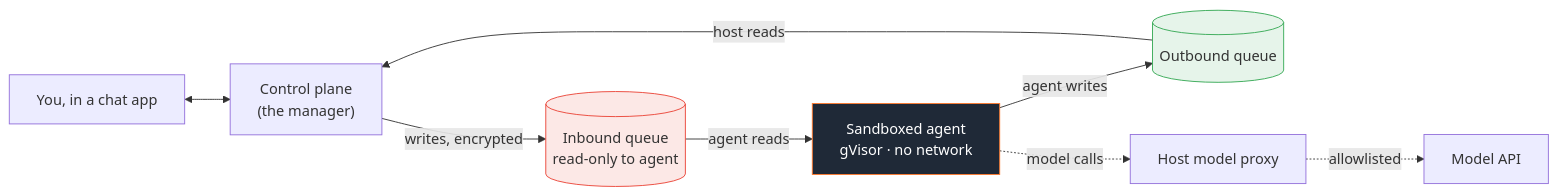
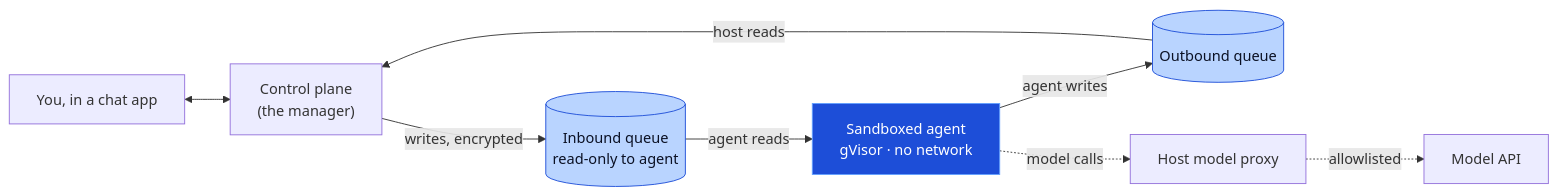
One commit to IronSecCo/ironclaw changed the first of 5 diagrams in docs/ironclaw-explained.md. Above: the diagram before and after it, drawn with Mermaid. The commit also changed other lines of this file and 3 other files, not shown here.

First line of the commit message:
docs: brand-consistent architecture & data-flow diagrams (IRO-112)

````diff
--- a/docs/ironclaw-explained.md
+++ b/docs/ironclaw-explained.md
@@ -34,13 +34,13 @@
 ```mermaid
 flowchart LR
     U["You, in a chat app"] <--> CP["Control plane<br/>(the manager)"]
     CP -->|writes, encrypted| IN[("Inbound queue<br/>read-only to agent")]
     OUT[("Outbound queue")] -->|host reads| CP
     IN -->|agent reads| S["Sandboxed agent<br/>gVisor · no network"]
     S -->|agent writes| OUT
     S -.model calls.-> PX["Host model proxy"]
     PX -.allowlisted.-> M["Model API"]
-    style S fill:#1f2937,stroke:#ff7a2e,color:#ffffff
-    style IN fill:#fce8e6,stroke:#ea4335
-    style OUT fill:#e6f4ea,stroke:#34a853
+    style S fill:#1d4ed8,stroke:#63a0ff,color:#ffffff
+    style IN fill:#b9d4ff,stroke:#1d4ed8,color:#0b1124
+    style OUT fill:#b9d4ff,stroke:#1d4ed8,color:#0b1124
 ```
````
